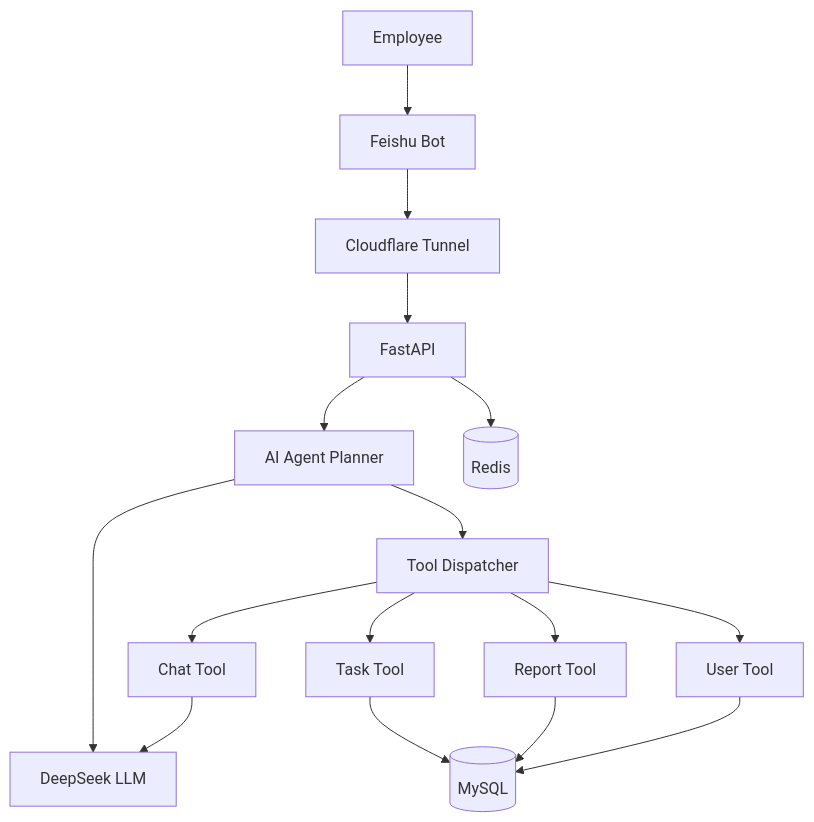
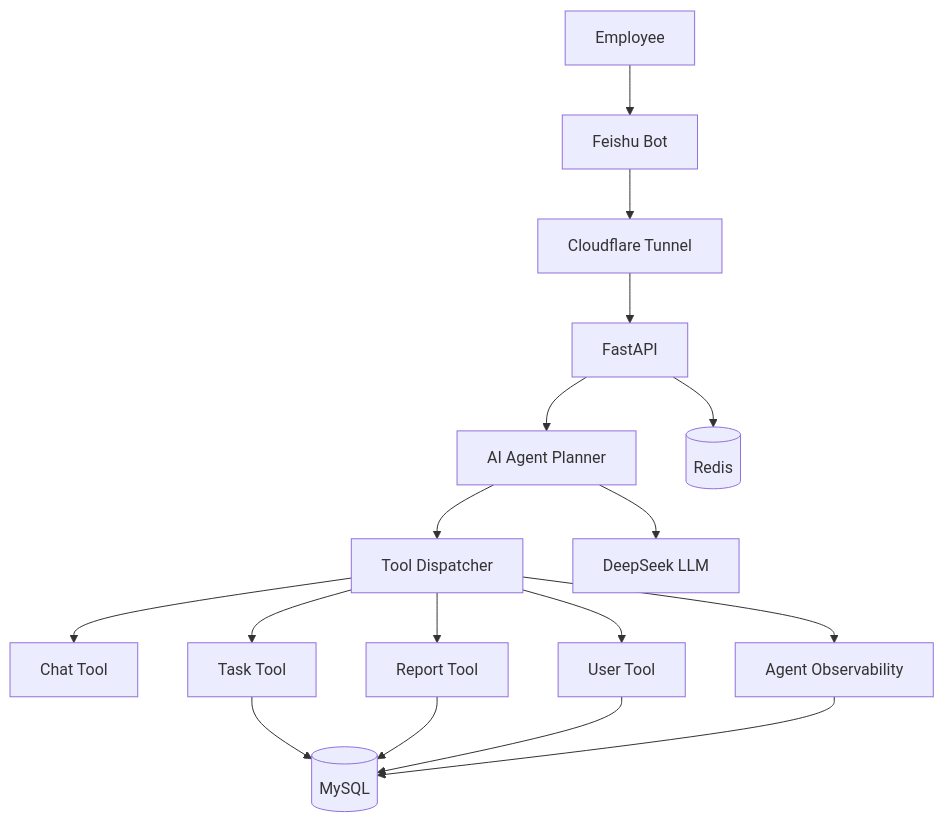
One commit to fan70dev-bit/enterprise-ai-agent changed the diagram in README.md. Above: the diagram before and after it, drawn with Mermaid. The commit also changed other lines of this file and 2 other files, not shown here.

````diff
--- a/README.md
+++ b/README.md
@@ -66,56 +134,75 @@
 ```mermaid
 flowchart TD
 
     User[Employee]
 
     Feishu[Feishu Bot]
 
     Tunnel[Cloudflare Tunnel]
 
     API[FastAPI]
 
+
     Planner[AI Agent Planner]
 
     Dispatcher[Tool Dispatcher]
+
 
     Chat[Chat Tool]
 
     Task[Task Tool]
 
     Report[Report Tool]
 
     UserTool[User Tool]
 
+
     LLM[DeepSeek LLM]
+
+
+    Trace[Agent Observability]
+
 
     MySQL[(MySQL)]
 
     Redis[(Redis)]
+
 
     User --> Feishu
 
     Feishu --> Tunnel
 
     Tunnel --> API
 
+
     API --> Planner
+
 
     Planner --> LLM
 
     Planner --> Dispatcher
 
+
     Dispatcher --> Chat
+
     Dispatcher --> Task
+
     Dispatcher --> Report
+
     Dispatcher --> UserTool
 
-    Chat --> LLM
 
     Task --> MySQL
 
     Report --> MySQL
 
     UserTool --> MySQL
 
+
+    Dispatcher --> Trace
+
+    Trace --> MySQL
+
+
     API --> Redis
 ```
````
